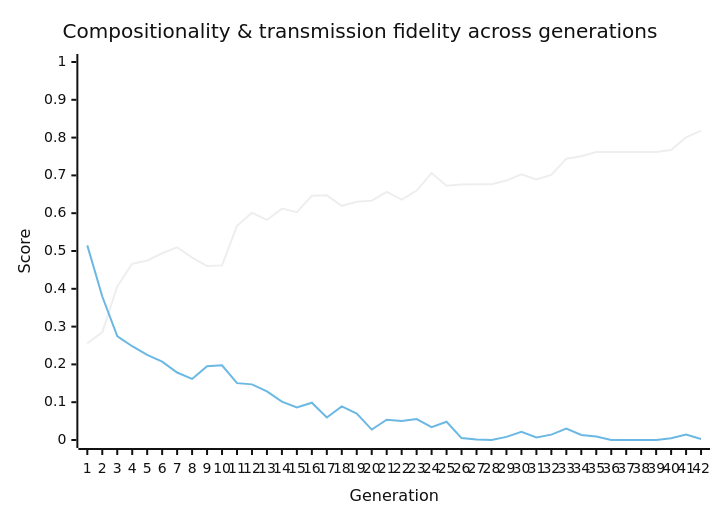
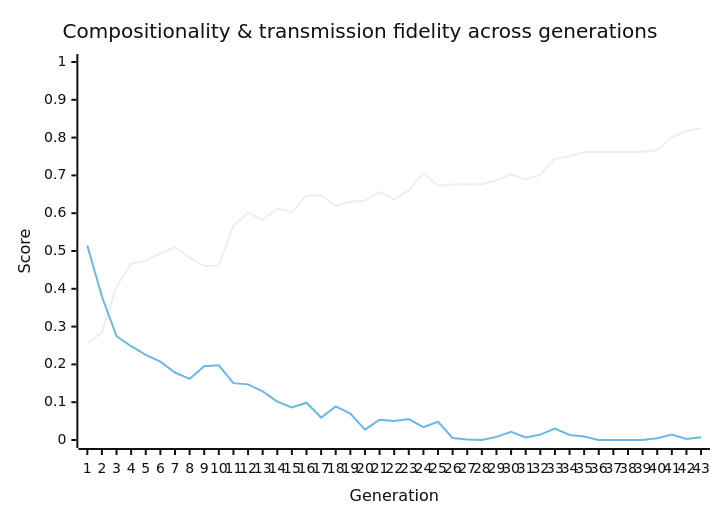
The diagram in metrics/latest-report.md (nichobbs/traditio), drawn with Mermaid (neutral theme) before and after one commit. The commit also changed other lines of this file and 1 other file, not shown here.

````diff
--- a/metrics/latest-report.md
+++ b/metrics/latest-report.md
@@ -40,8 +40,8 @@
 ```mermaid
 xychart-beta
     title "Compositionality & transmission fidelity across generations"
-    x-axis "Generation" [1, 2, 3, 4, 5, 6, 7, 8, 9, 10, 11, 12, 13, 14, 15, 16, 17, 18, 19, 20, 21, 22, 23, 24, 25, 26, 27, 28, 29, 30, 31, 32, 33, 34, 35, 36, 37, 38, 39, 40, 41, 42]
+    x-axis "Generation" [1, 2, 3, 4, 5, 6, 7, 8, 9, 10, 11, 12, 13, 14, 15, 16, 17, 18, 19, 20, 21, 22, 23, 24, 25, 26, 27, 28, 29, 30, 31, 32, 33, 34, 35, 36, 37, 38, 39, 40, 41, 42, 43]
     y-axis "Score" 0 --> 1
-    line "Compositionality" [0.2559, 0.2849, 0.4060, 0.4663, 0.4745, 0.4941, 0.5099, 0.4826, 0.4603, 0.4619, 0.5665, 0.6011, 0.5822, 0.6121, 0.6029, 0.6464, 0.6473, 0.6195, 0.6304, 0.6332, 0.6566, 0.6361, 0.6598, 0.7061, 0.6725, 0.6757, 0.6767, 0.6767, 0.6863, 0.7028, 0.6890, 0.7012, 0.7442, 0.7505, 0.7619, 0.7619, 0.7619, 0.7619, 0.7619, 0.7669, 0.8009, 0.8183]
-    line "Transmission Fidelity" [0.5148, 0.3796, 0.2746, 0.2481, 0.2251, 0.2074, 0.1785, 0.1615, 0.1949, 0.1977, 0.1504, 0.1472, 0.1286, 0.1016, 0.0861, 0.0987, 0.0594, 0.0888, 0.0697, 0.0276, 0.0536, 0.0500, 0.0553, 0.0339, 0.0483, 0.0051, 0.0012, 0.0000, 0.0083, 0.0219, 0.0066, 0.0142, 0.0301, 0.0134, 0.0092, 0.0000, 0.0000, 0.0000, 0.0000, 0.0047, 0.0146, 0.0028]
+    line "Compositionality" [0.2559, 0.2849, 0.4060, 0.4663, 0.4745, 0.4941, 0.5099, 0.4826, 0.4603, 0.4619, 0.5665, 0.6011, 0.5822, 0.6121, 0.6029, 0.6464, 0.6473, 0.6195, 0.6304, 0.6332, 0.6566, 0.6361, 0.6598, 0.7061, 0.6725, 0.6757, 0.6767, 0.6767, 0.6863, 0.7028, 0.6890, 0.7012, 0.7442, 0.7505, 0.7619, 0.7619, 0.7619, 0.7619, 0.7619, 0.7669, 0.8009, 0.8183, 0.8250]
+    line "Transmission Fidelity" [0.5148, 0.3796, 0.2746, 0.2481, 0.2251, 0.2074, 0.1785, 0.1615, 0.1949, 0.1977, 0.1504, 0.1472, 0.1286, 0.1016, 0.0861, 0.0987, 0.0594, 0.0888, 0.0697, 0.0276, 0.0536, 0.0500, 0.0553, 0.0339, 0.0483, 0.0051, 0.0012, 0.0000, 0.0083, 0.0219, 0.0066, 0.0142, 0.0301, 0.0134, 0.0092, 0.0000, 0.0000, 0.0000, 0.0000, 0.0047, 0.0146, 0.0028, 0.0071]
 ```
````
